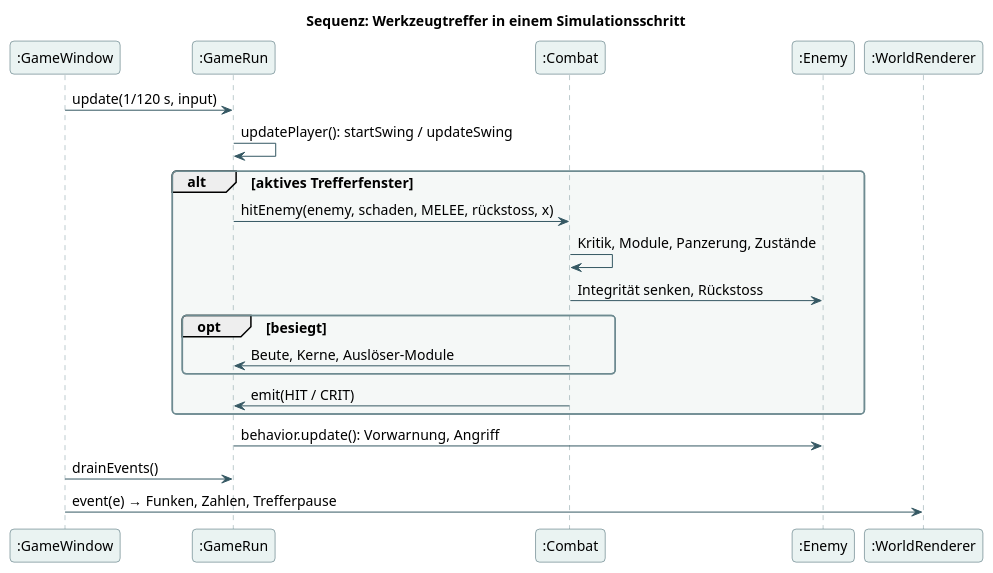
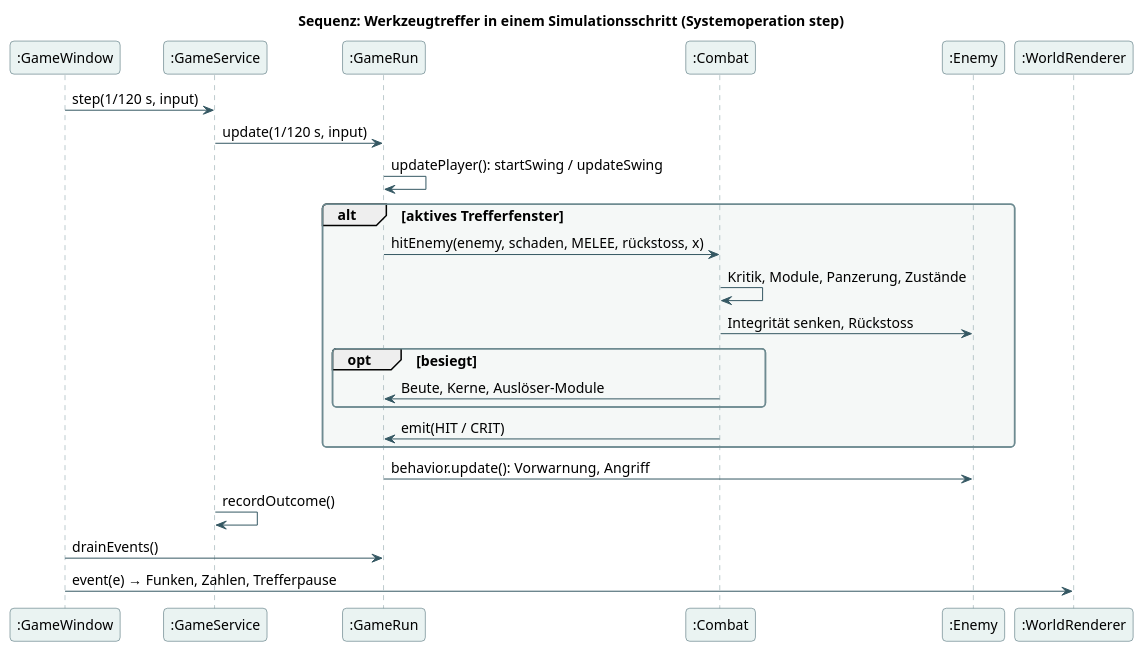
One commit to bassdav2/abyss changed the diagram in docs/diagrams/07-combat-sequence.puml. Above: the diagram before and after it, drawn with PlantUML. The commit also changed 31 other files, not shown here.

```diff
--- a/docs/diagrams/07-combat-sequence.puml
+++ b/docs/diagrams/07-combat-sequence.puml
@@ -1,41 +1,44 @@
 @startuml
 skinparam backgroundColor #FFFFFF
 skinparam defaultFontName Arial
 skinparam defaultFontSize 14
 skinparam shadowing false
 skinparam roundcorner 8
 skinparam ArrowColor #355863
 skinparam classBackgroundColor #EAF3F2
 skinparam classBorderColor #355863
 skinparam participantBackgroundColor #EAF3F2
 skinparam participantBorderColor #355863
 skinparam sequenceLifeLineBorderColor #7A979C
 skinparam noteBackgroundColor #FFF2DA
 skinparam noteBorderColor #D8AA64
 skinparam packageBackgroundColor #F5F8F7
 skinparam packageBorderColor #6E8B91
 skinparam stateBackgroundColor #EAF3F2
 skinparam stateBorderColor #355863
 hide empty members
-title Sequenz: Werkzeugtreffer in einem Simulationsschritt
+title Sequenz: Werkzeugtreffer in einem Simulationsschritt (Systemoperation step)
 participant ":GameWindow" as W
+participant ":GameService" as S
 participant ":GameRun" as R
 participant ":Combat" as C
 participant ":Enemy" as E
 participant ":WorldRenderer" as V
-W -> R : update(1/120 s, input)
+W -> S : step(1/120 s, input)
+S -> R : update(1/120 s, input)
 R -> R : updatePlayer(): startSwing / updateSwing
 alt aktives Trefferfenster
  R -> C : hitEnemy(enemy, schaden, MELEE, rückstoss, x)
  C -> C : Kritik, Module, Panzerung, Zustände
  C -> E : Integrität senken, Rückstoss
  opt besiegt
   C -> R : Beute, Kerne, Auslöser-Module
  end
  C -> R : emit(HIT / CRIT)
 end
 R -> E : behavior.update(): Vorwarnung, Angriff
+S -> S : recordOutcome()
 W -> R : drainEvents()
 W -> V : event(e) → Funken, Zahlen, Trefferpause
 
 @enduml
```
